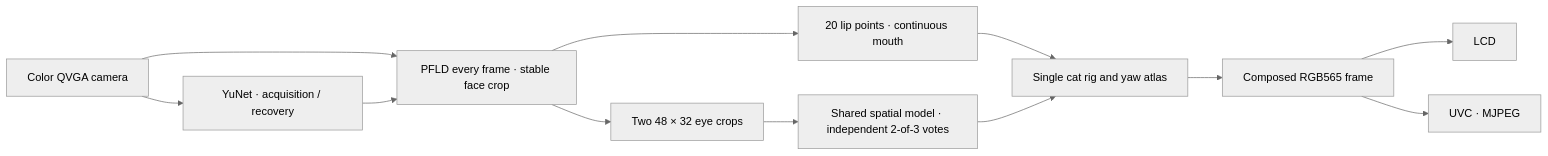
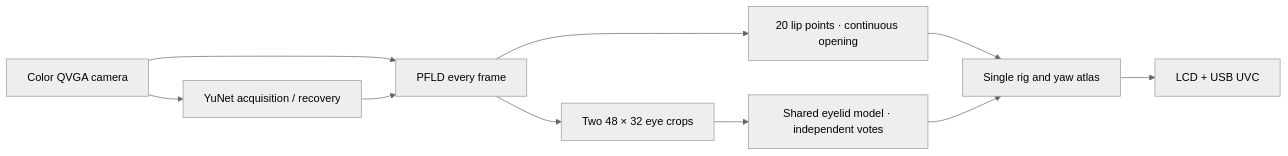
The diagram in README.md (leeebo/mikan-mosaico), drawn with Mermaid (neutral theme) before and after one commit. The commit also changed other lines of this file and 45 other files, not shown here.

````diff
--- a/README.md
+++ b/README.md
@@ -17,14 +31,12 @@
 ```mermaid
 flowchart LR
-  Camera["Color QVGA camera"] --> Track["PFLD every frame · stable face crop"]
-  Camera --> Detect["YuNet · acquisition / recovery"]
+  Camera["Color QVGA camera"] --> Track["PFLD every frame"]
+  Camera --> Detect["YuNet acquisition / recovery"]
   Detect --> Track
-  Track --> Mouth["20 lip points · continuous mouth"]
-  Track --> Patches["Two 48 × 32 eye crops"]
-  Patches --> Eyes["Shared spatial model · independent 2-of-3 votes"]
-  Mouth --> Rig["Single cat rig and yaw atlas"]
+  Track --> Mouth["20 lip points · continuous opening"]
+  Track --> Crops["Two 48 × 32 eye crops"]
+  Crops --> Eyes["Shared eyelid model · independent votes"]
+  Mouth --> Rig["Single rig and yaw atlas"]
   Eyes --> Rig
-  Rig --> Frame["Composed RGB565 frame"]
-  Frame --> LCD["LCD"]
-  Frame --> UVC["UVC · MJPEG"]
+  Rig --> Output["LCD + USB UVC"]
 ```
````
